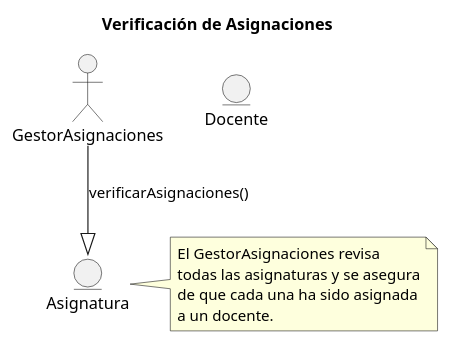
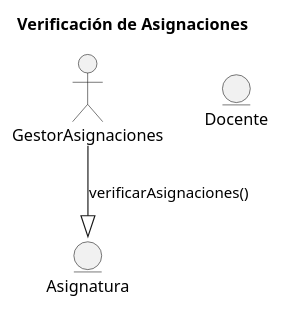
Before and after one commit to mmasias/23-24-IdSw1-SDR: the diagram in Casos de Uso/Verificacion de Asignaciones.puml, drawn with PlantUML.

Commit message:
Cambiando caso de uso Verificacion de Asignaciones

```diff
--- a/Casos de Uso/Verificacion de Asignaciones.puml
+++ b/Casos de Uso/Verificacion de Asignaciones.puml
@@ -1,17 +1,10 @@
 @startuml
 title Verificación de Asignaciones
 
 actor GestorAsignaciones
 entity Asignatura
 entity Docente
 
 GestorAsignaciones --|> Asignatura: verificarAsignaciones()
 
-note right of Asignatura
-  El GestorAsignaciones revisa
-  todas las asignaturas y se asegura
-  de que cada una ha sido asignada
-  a un docente.
-end note
-
 @enduml
```
